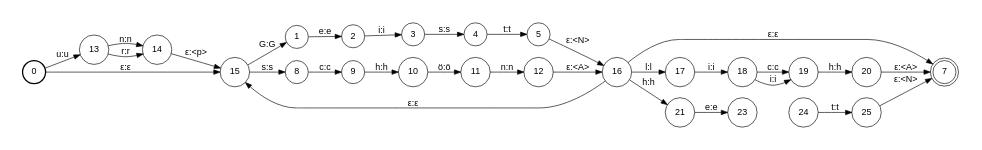
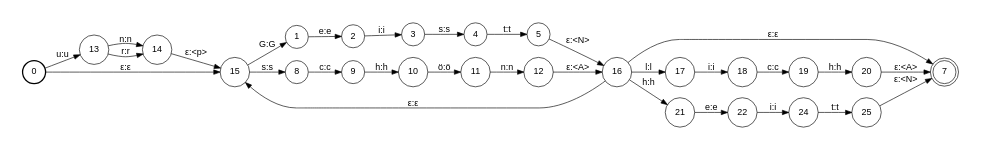
The diagram in figures/morph_ex6.dot (deutschestextarchiv/DWDS-Workshop-2018), drawn with Graphviz before and after one commit. The commit also changed 6 other files, not shown here.

```diff
--- a/figures/morph_ex6.dot
+++ b/figures/morph_ex6.dot
@@ -1,73 +1,73 @@
 digraph FSM {
   graph [
     rankdir = LR
     size = "5.0,5.0"
     fontsize = 14
     label = ""
     nodesep = "0.250000"
     ranksep = "0.400000"
     center = 1
   ];
   node [ 
     fontname="Helvetica"
     fontsize=14
   ];
   edge [ 
     fontname="Helvetica"
     fontsize=14
   ];
 
 0 [label = "0", shape = circle, style = bold]
   0 -> 13 [label = "u:u"] 
   0 -> 15 [label = "ε:ε"]
 15 [label = "15", shape = circle, style = solid]
   15 -> 1 [label = "G:G"]
   15 -> 8 [label = "s:s"]
 1 [label = "1", shape = circle, style = solid]
   1 -> 2 [label = "e:e"]
 2 [label = "2", shape = circle, style = solid]
   2 -> 3 [label = "i:i"]
 3 [label = "3", shape = circle, style = solid]
   3 -> 4 [label = "s:s"]
 4 [label = "4", shape = circle, style = solid]
   4 -> 5 [label = "t:t"]
 5 [label = "5", shape = circle, style = solid]
   5 -> 16 [label = "ε:<N>"]
 7 [label = "7", shape = doublecircle, style = solid]
 8 [label = "8", shape = circle, style = solid]
   8 -> 9 [label = "c:c"]
 9 [label = "9", shape = circle, style = solid]
   9 -> 10 [label = "h:h"]
 10 [label = "10", shape = circle, style = solid]
   10 -> 11 [label = "ö:ö"]
 11 [label = "11", shape = circle, style = solid]
   11 -> 12 [label = "n:n"]
 12 [label = "12", shape = circle, style = solid]
   12 -> 16 [label = "ε:<A>"]
 13 [label = "13", shape = circle, style = solid]
   13 -> 14 [label = "n:n"]
   13 -> 14 [label = "r:r"]
 14 [label = "14", shape = circle, style = solid]
   14 -> 15 [label = "ε:<p>"]
 16 [label = "16", shape = circle, style = solid]
   16 -> 7 [label = "ε:ε"]
   16 -> 17 [label = "l:l"] 
   16 -> 21 [label = "h:h"] 
   16 -> 15 [label = "ε:ε"]
 17 [label = "17", shape = circle, style = solid]
   17 -> 18 [label = "i:i"] 
 18 [label = "18", shape = circle, style = solid]
   18 -> 19 [label = "c:c"] 
 19 [label = "19", shape = circle, style = solid]
   19 -> 20 [label = "h:h"] 
 20 [label = "20", shape = circle, style = solid]
   20 -> 7 [label = "ε:<A>"]
 21 [label = "21", shape = circle, style = solid]
   21 -> 22 [label = "e:e"] 
-22 [label = "23", shape = circle, style = solid]
-  18 -> 19 [label = "i:i"] 
+22 [label = "22", shape = circle, style = solid]
+  22 -> 24 [label = "i:i"] 
 24 [label = "24", shape = circle, style = solid]
   24 -> 25 [label = "t:t"] 
 25 [label = "25", shape = circle, style = solid]
   25 -> 7 [label = "ε:<N>"]
 }
```
